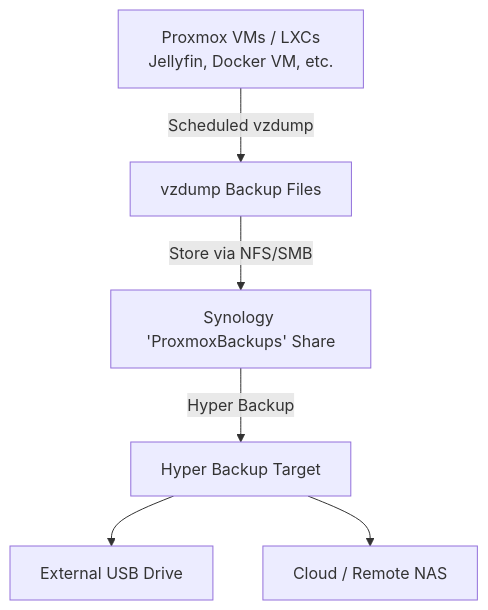
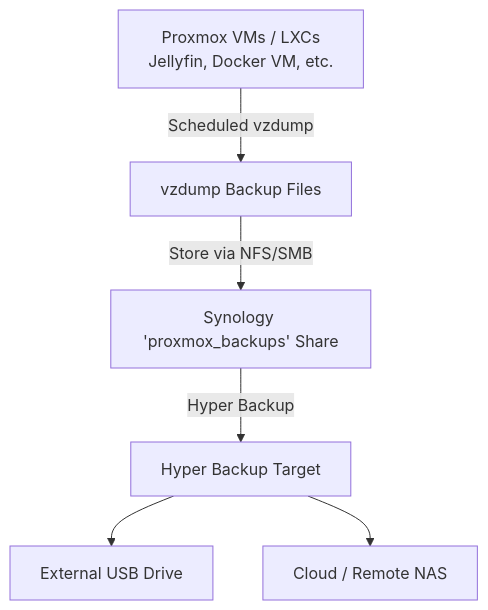
The third of 3 diagrams in docs/storage-strategy.md (Rhod3/homelab), drawn with Mermaid before and after one commit. The commit also changed other lines of this file and 4 other files, not shown here.

````diff
--- a/docs/storage-strategy.md
+++ b/docs/storage-strategy.md
@@ -68,8 +68,8 @@
 ```mermaid
 flowchart TD
     VMs[Proxmox VMs / LXCs<br/>Jellyfin, Docker VM, etc.] -->|Scheduled vzdump| VZDump[vzdump Backup Files]
-    VZDump -->|Store via NFS/SMB| SynologyShare[Synology 'ProxmoxBackups' Share]
+    VZDump -->|Store via NFS/SMB| SynologyShare[Synology 'proxmox_backups' Share]
     SynologyShare -->|Hyper Backup| Dest[Hyper Backup Target]
     Dest --> USB[External USB Drive]
     Dest --> Offsite[Cloud / Remote NAS]
 ```
````
